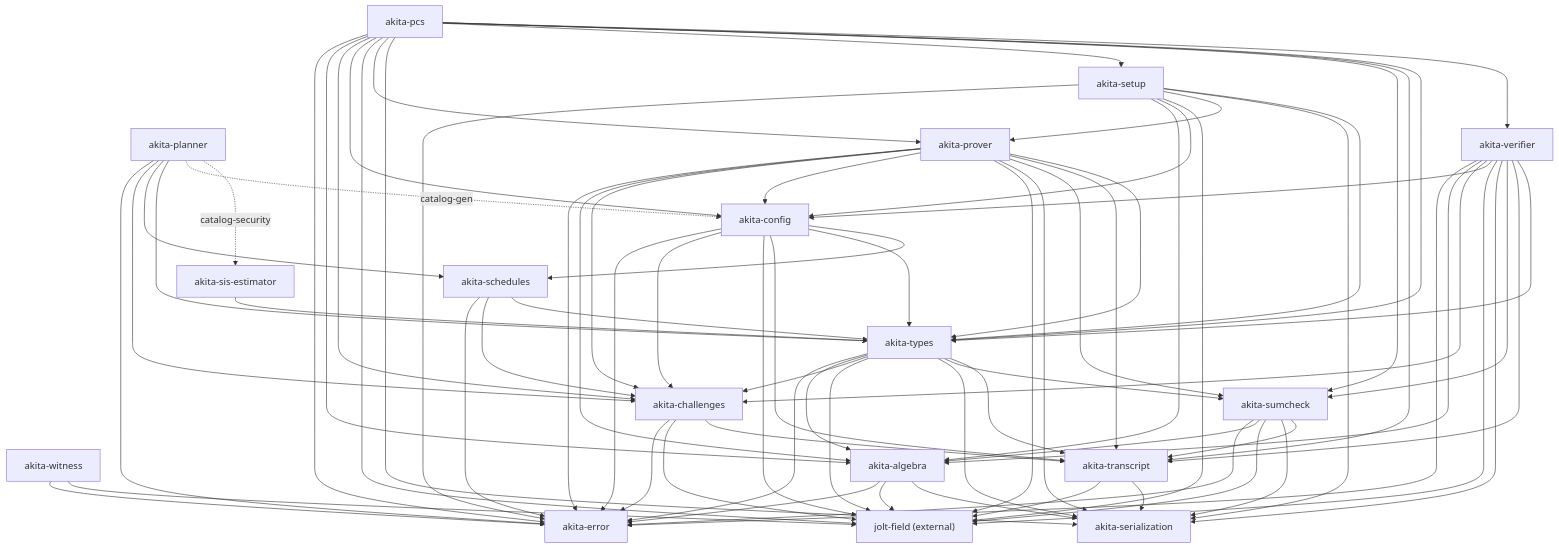
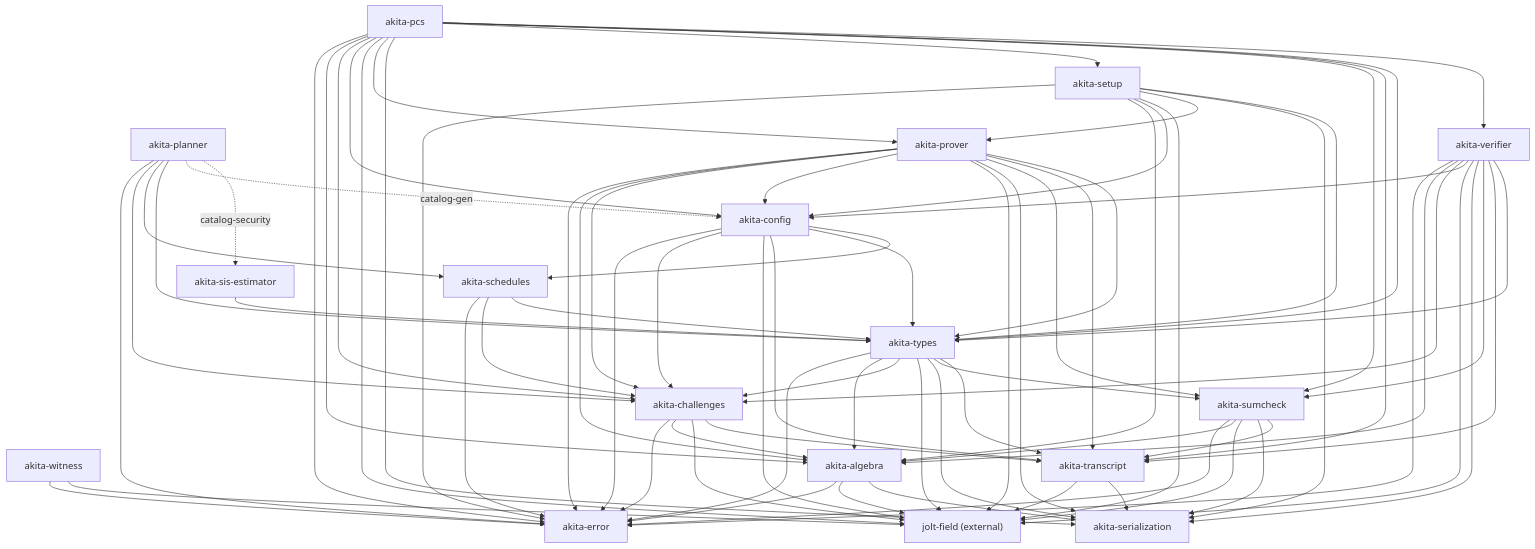
One commit to LayerZero-Labs/akita changed the diagram in docs/crate-graph.md. Above: the diagram before and after it, drawn with Mermaid. The commit also changed other lines of this file and 22 other files, not shown here.

```diff
--- a/docs/crate-graph.md
+++ b/docs/crate-graph.md
@@ -61,6 +61,7 @@
   Transcript --> Field
   Transcript --> Ser
   Challenges --> Error
+  Challenges --> Algebra
   Challenges --> Field
   Challenges --> Transcript
   Sumcheck --> Error
```
